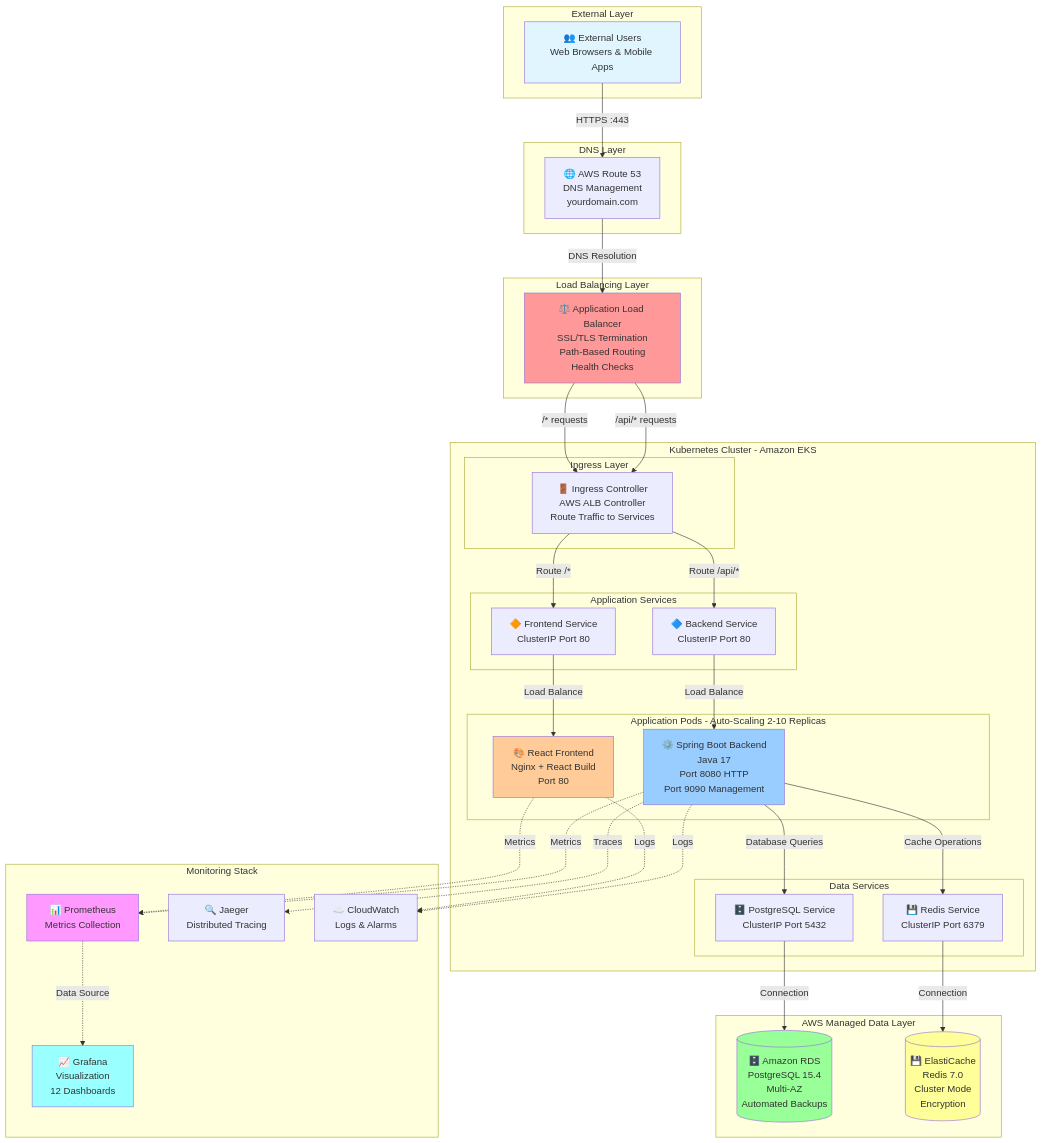
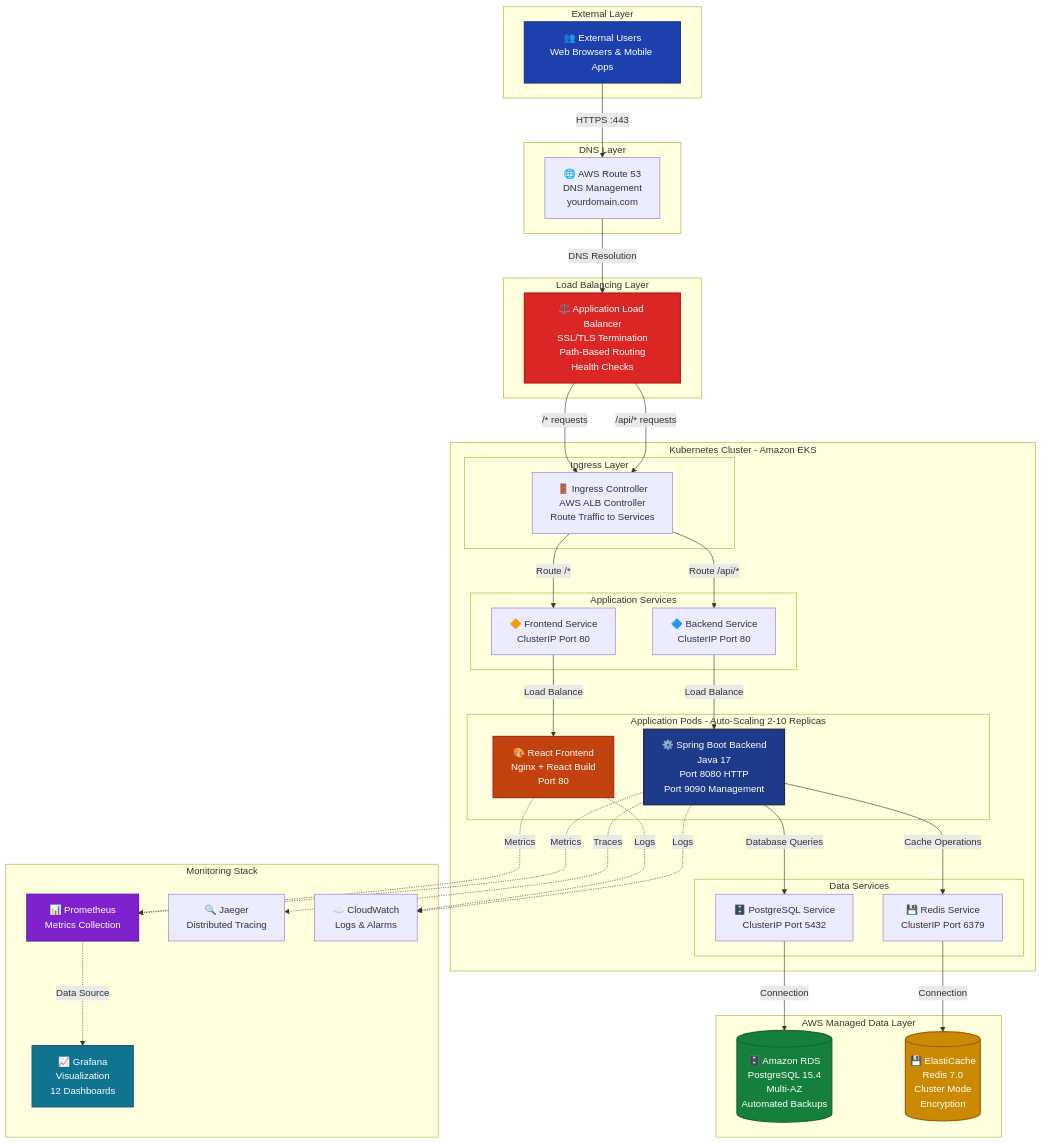
Before and after one commit to gauravumrane29/my_Hands_On_Projects: the first of 11 diagrams in ARCHITECTURE.md, drawn with Mermaid. The commit also changed other lines of this file and 1 other file, not shown here.

````diff
--- a/ARCHITECTURE.md
+++ b/ARCHITECTURE.md
@@ -30,76 +30,76 @@
 ```mermaid
 graph TB
     subgraph "External Layer"
         Users[👥 External Users<br/>Web Browsers & Mobile Apps]
     end
     
     subgraph "DNS Layer"
         R53[🌐 AWS Route 53<br/>DNS Management<br/>yourdomain.com]
     end
     
     subgraph "Load Balancing Layer"
         ALB[⚖️ Application Load Balancer<br/>SSL/TLS Termination<br/>Path-Based Routing<br/>Health Checks]
     end
     
     subgraph "Kubernetes Cluster - Amazon EKS"
         subgraph "Ingress Layer"
             Ingress[🚪 Ingress Controller<br/>AWS ALB Controller<br/>Route Traffic to Services]
         end
         
         subgraph "Application Services"
             BackendSvc[🔷 Backend Service<br/>ClusterIP Port 80]
             FrontendSvc[🔶 Frontend Service<br/>ClusterIP Port 80]
         end
         
         subgraph "Application Pods - Auto-Scaling 2-10 Replicas"
             Backend[⚙️ Spring Boot Backend<br/>Java 17<br/>Port 8080 HTTP<br/>Port 9090 Management]
             Frontend[🎨 React Frontend<br/>Nginx + React Build<br/>Port 80]
         end
         
         subgraph "Data Services"
             PgSvc[🗄️ PostgreSQL Service<br/>ClusterIP Port 5432]
             RedisSvc[💾 Redis Service<br/>ClusterIP Port 6379]
         end
     end
     
     subgraph "AWS Managed Data Layer"
         RDS[(🗄️ Amazon RDS<br/>PostgreSQL 15.4<br/>Multi-AZ<br/>Automated Backups)]
         ElastiCache[(💾 ElastiCache<br/>Redis 7.0<br/>Cluster Mode<br/>Encryption)]
     end
     
     subgraph "Monitoring Stack"
         Prometheus[📊 Prometheus<br/>Metrics Collection]
         Grafana[📈 Grafana<br/>Visualization<br/>12 Dashboards]
         Jaeger[🔍 Jaeger<br/>Distributed Tracing]
         CloudWatch[☁️ CloudWatch<br/>Logs & Alarms]
     end
     
     Users -->|HTTPS :443| R53
     R53 -->|DNS Resolution| ALB
     ALB -->|/api/* requests| Ingress
     ALB -->|/* requests| Ingress
     Ingress -->|Route /api/*| BackendSvc
     Ingress -->|Route /*| FrontendSvc
     BackendSvc -->|Load Balance| Backend
     FrontendSvc -->|Load Balance| Frontend
     Backend -->|Database Queries| PgSvc
     Backend -->|Cache Operations| RedisSvc
     PgSvc -->|Connection| RDS
     RedisSvc -->|Connection| ElastiCache
     
     Backend -.->|Metrics| Prometheus
     Frontend -.->|Metrics| Prometheus
     Backend -.->|Traces| Jaeger
     Backend -.->|Logs| CloudWatch
     Frontend -.->|Logs| CloudWatch
     Prometheus -.->|Data Source| Grafana
     
-    style Users fill:#e1f5ff
-    style ALB fill:#ff9999
-    style Backend fill:#99ccff
-    style Frontend fill:#ffcc99
-    style RDS fill:#99ff99
-    style ElastiCache fill:#ffff99
-    style Prometheus fill:#ff99ff
-    style Grafana fill:#99ffff
+    style Users fill:#1e40af,stroke:#1e3a8a,stroke-width:2px,color:#fff
+    style ALB fill:#dc2626,stroke:#b91c1c,stroke-width:2px,color:#fff
+    style Backend fill:#1e3a8a,stroke:#1e293b,stroke-width:2px,color:#fff
+    style Frontend fill:#c2410c,stroke:#9a3412,stroke-width:2px,color:#fff
+    style RDS fill:#15803d,stroke:#166534,stroke-width:2px,color:#fff
+    style ElastiCache fill:#ca8a04,stroke:#a16207,stroke-width:2px,color:#fff
+    style Prometheus fill:#7e22ce,stroke:#6b21a8,stroke-width:2px,color:#fff
+    style Grafana fill:#0e7490,stroke:#155e75,stroke-width:2px,color:#fff
 ```
````
